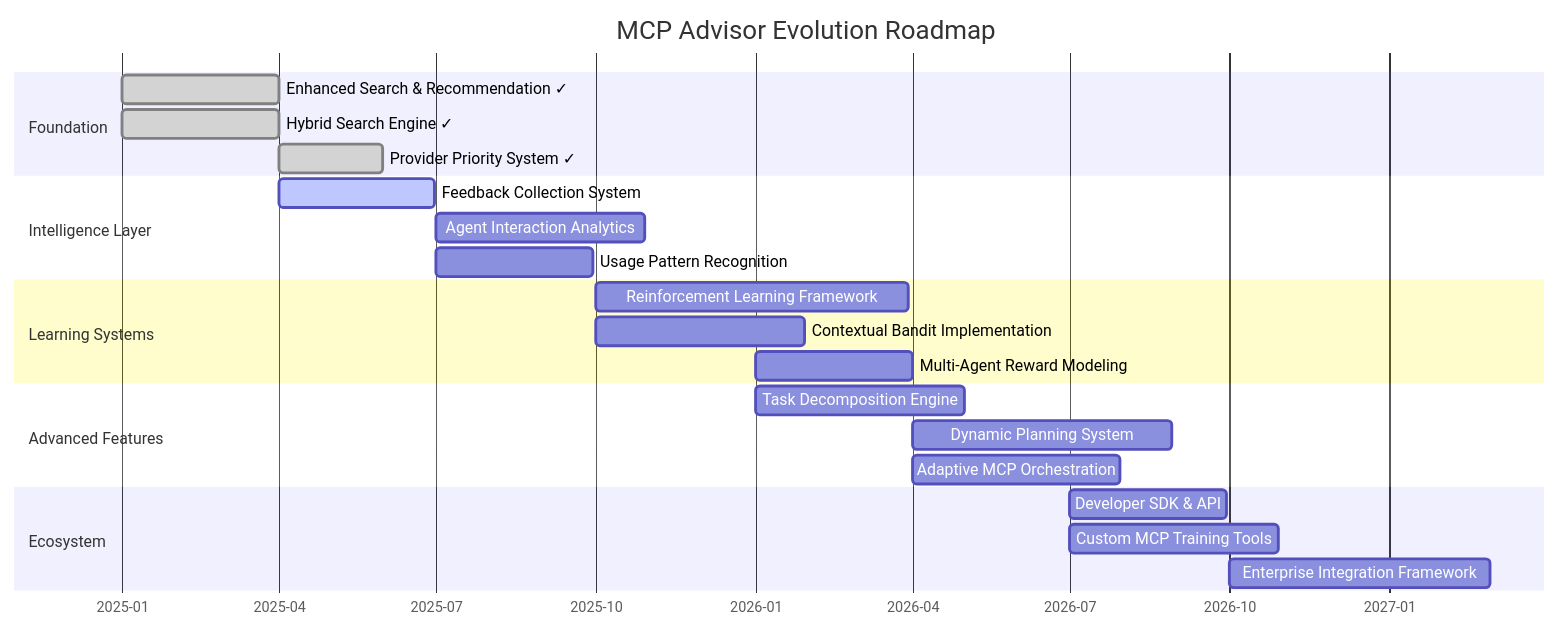
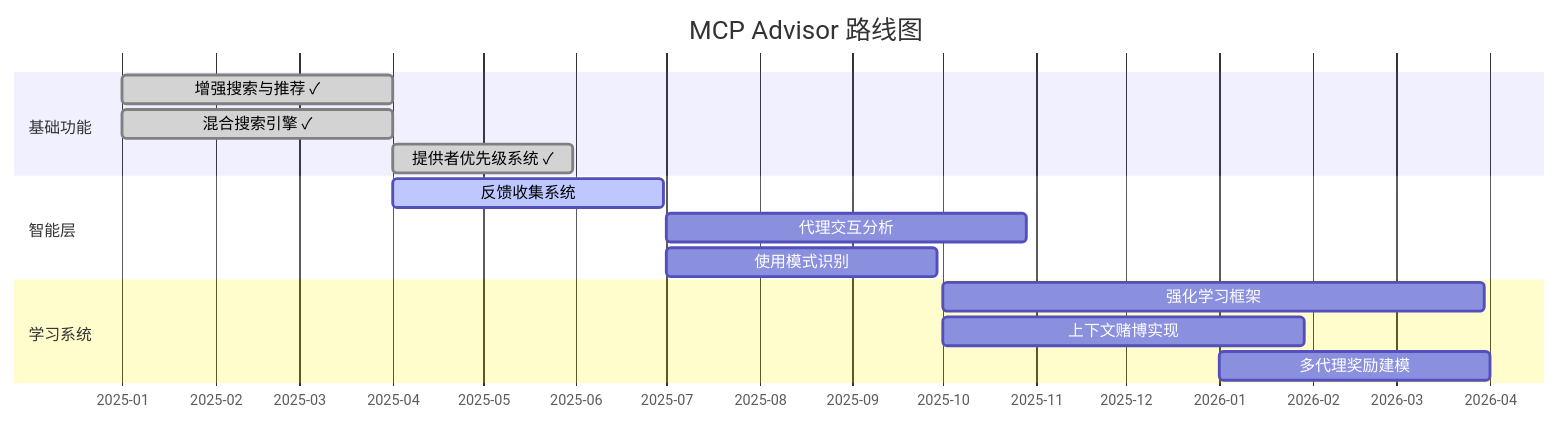
Before and after one commit to OI-OS/OI-mcpadvisor: the second of 2 diagrams in README.md, drawn with Mermaid. The commit also changed other lines of this file and 5 other files, not shown here.

````diff
--- a/README.md
+++ b/README.md
@@ -740,31 +266,21 @@
 ```mermaid
 gantt
-    title MCP Advisor Evolution Roadmap
+    title MCP Advisor 路线图
     dateFormat  YYYY-MM-DD
     axisFormat  %Y-%m
     
-    section Foundation
-    Enhanced Search & Recommendation ✓       :done, 2025-01-01, 90d
-    Hybrid Search Engine ✓                   :done, 2025-01-01, 90d
-    Provider Priority System ✓               :done, 2025-04-01, 60d
+    section 基础功能
+    增强搜索与推荐 ✓       :done, 2025-01-01, 90d
+    混合搜索引擎 ✓                   :done, 2025-01-01, 90d
+    提供者优先级系统 ✓               :done, 2025-04-01, 60d
     
-    section Intelligence Layer
-    Feedback Collection System               :active, 2025-04-01, 90d
-    Agent Interaction Analytics             :2025-07-01, 120d
-    Usage Pattern Recognition               :2025-07-01, 90d
+    section 智能层
+    反馈收集系统               :active, 2025-04-01, 90d
+    代理交互分析             :2025-07-01, 120d
+    使用模式识别               :2025-07-01, 90d
     
-    section Learning Systems
-    Reinforcement Learning Framework         :2025-10-01, 180d
-    Contextual Bandit Implementation         :2025-10-01, 120d
-    Multi-Agent Reward Modeling             :2026-01-01, 90d
-    
-    section Advanced Features
-    Task Decomposition Engine               :2026-01-01, 120d
-    Dynamic Planning System                 :2026-04-01, 150d
-    Adaptive MCP Orchestration              :2026-04-01, 120d
-    
-    section Ecosystem
-    Developer SDK & API                     :2026-07-01, 90d
-    Custom MCP Training Tools               :2026-07-01, 120d
-    Enterprise Integration Framework        :2026-10-01, 150d
+    section 学习系统
+    强化学习框架         :2025-10-01, 180d
+    上下文赌博实现         :2025-10-01, 120d
+    多代理奖励建模             :2026-01-01, 90d
 ```
````
